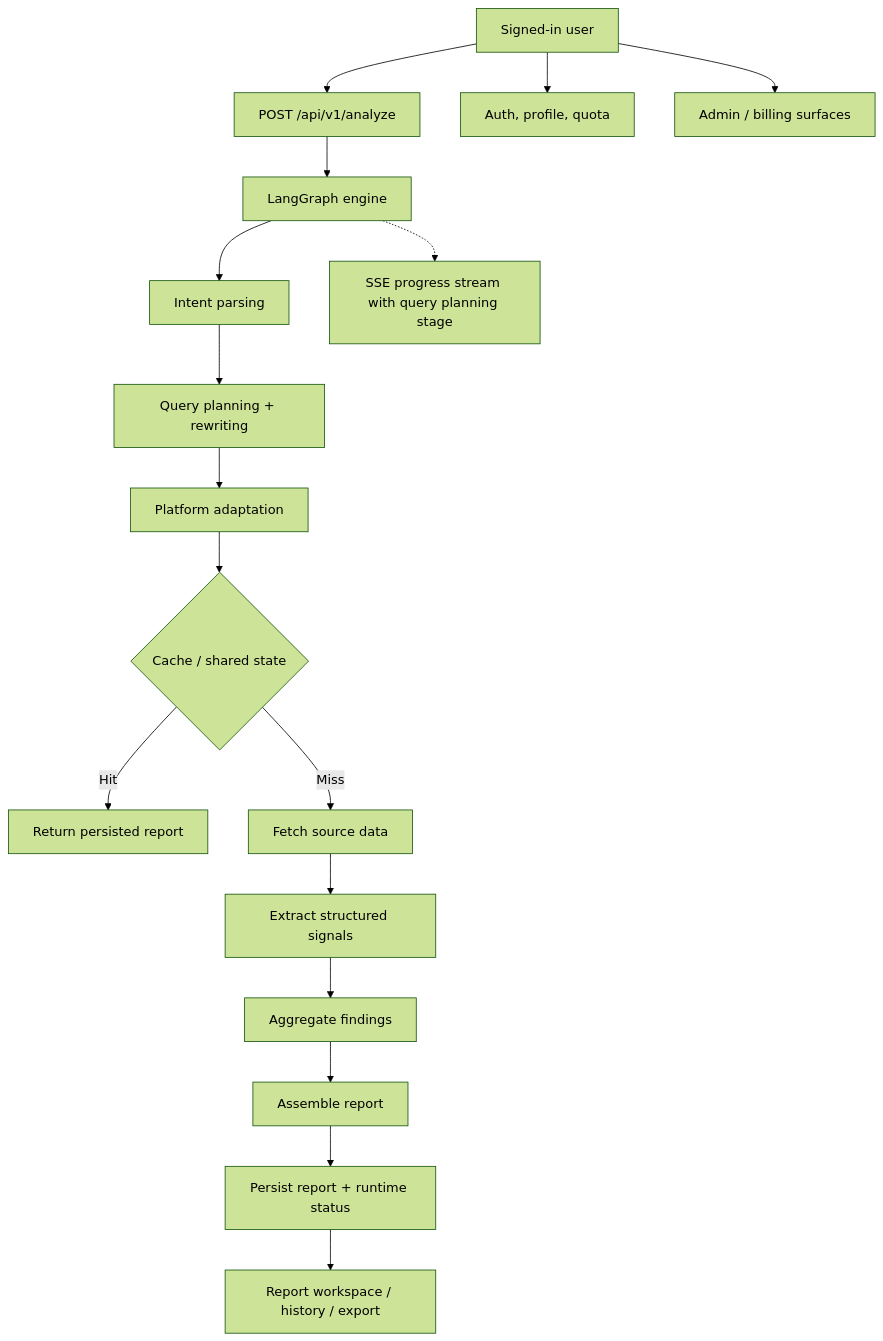
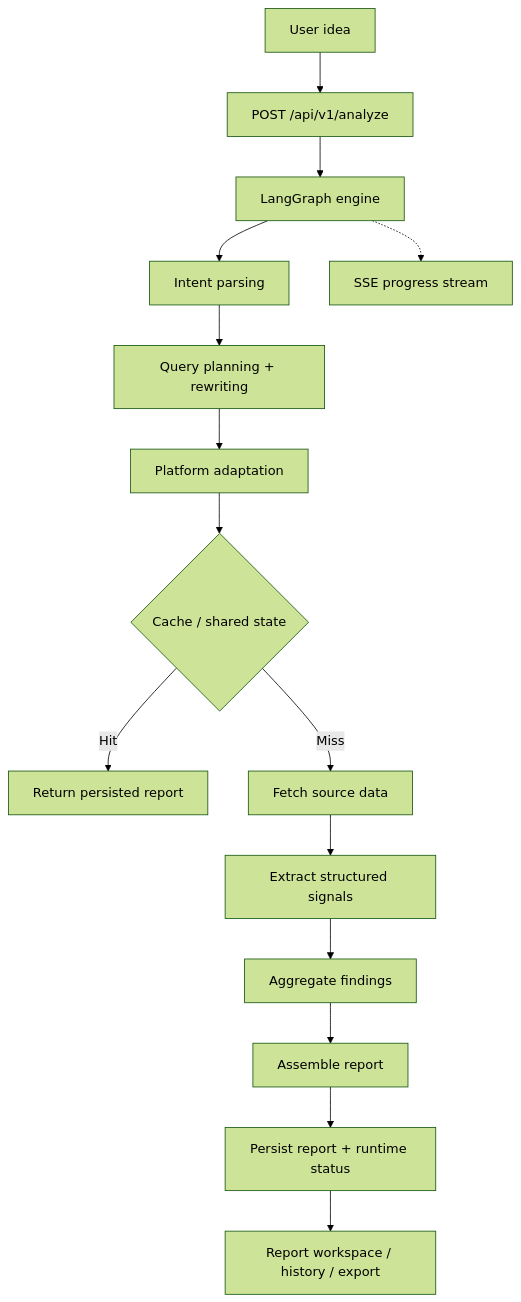
The diagram in README.md (Tendo33/IdeaGo), drawn with Mermaid (forest theme) before and after one commit. The commit also changed other lines of this file and 1 other file, not shown here.

````diff
--- a/README.md
+++ b/README.md
@@ -200,19 +197,17 @@
 ```mermaid
 flowchart TD
-    A["Signed-in user"] --> B["POST /api/v1/analyze"]
+    A["User idea"] --> B["POST /api/v1/analyze"]
     B --> C["LangGraph engine"]
     C --> D["Intent parsing"]
     D --> E["Query planning + rewriting"]
     E --> F["Platform adaptation"]
     F --> G{"Cache / shared state"}
     G -->|Hit| H["Return persisted report"]
     G -->|Miss| I["Fetch source data"]
     I --> J["Extract structured signals"]
     J --> K["Aggregate findings"]
     K --> L["Assemble report"]
     L --> M["Persist report + runtime status"]
     M --> N["Report workspace / history / export"]
-    A --> O["Auth, profile, quota"]
-    A --> P["Admin / billing surfaces"]
-    C -.-> Q["SSE progress stream with query planning stage"]
+    C -.-> O["SSE progress stream"]
 ```
````
